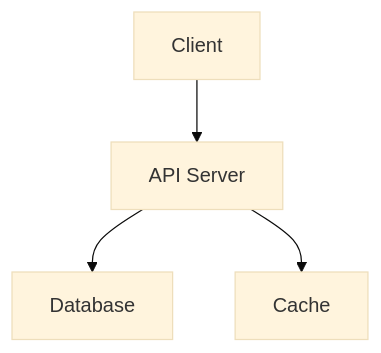
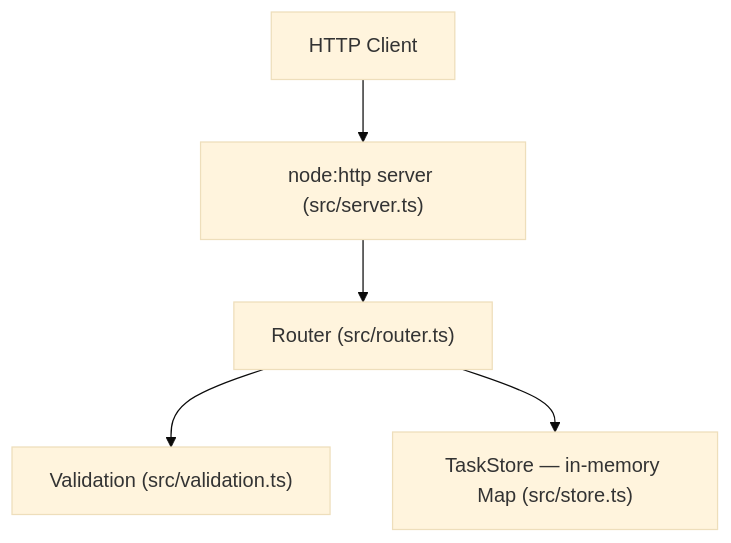
Before and after one commit to vbonk/repo-template-example: the diagram in CLAUDE.md, drawn with Mermaid (base theme). The commit also changed other lines of this file and 16 other files, not shown here.

````diff
--- a/CLAUDE.md
+++ b/CLAUDE.md
@@ -22,6 +19,7 @@
 ```mermaid
 graph TD
-    A[Client] --> B[API Server]
-    B --> C[Database]
-    B --> D[Cache]
+    A[HTTP Client] --> B["node:http server (src/server.ts)"]
+    B --> C["Router (src/router.ts)"]
+    C --> D["Validation (src/validation.ts)"]
+    C --> E["TaskStore — in-memory Map (src/store.ts)"]
 ```
````
